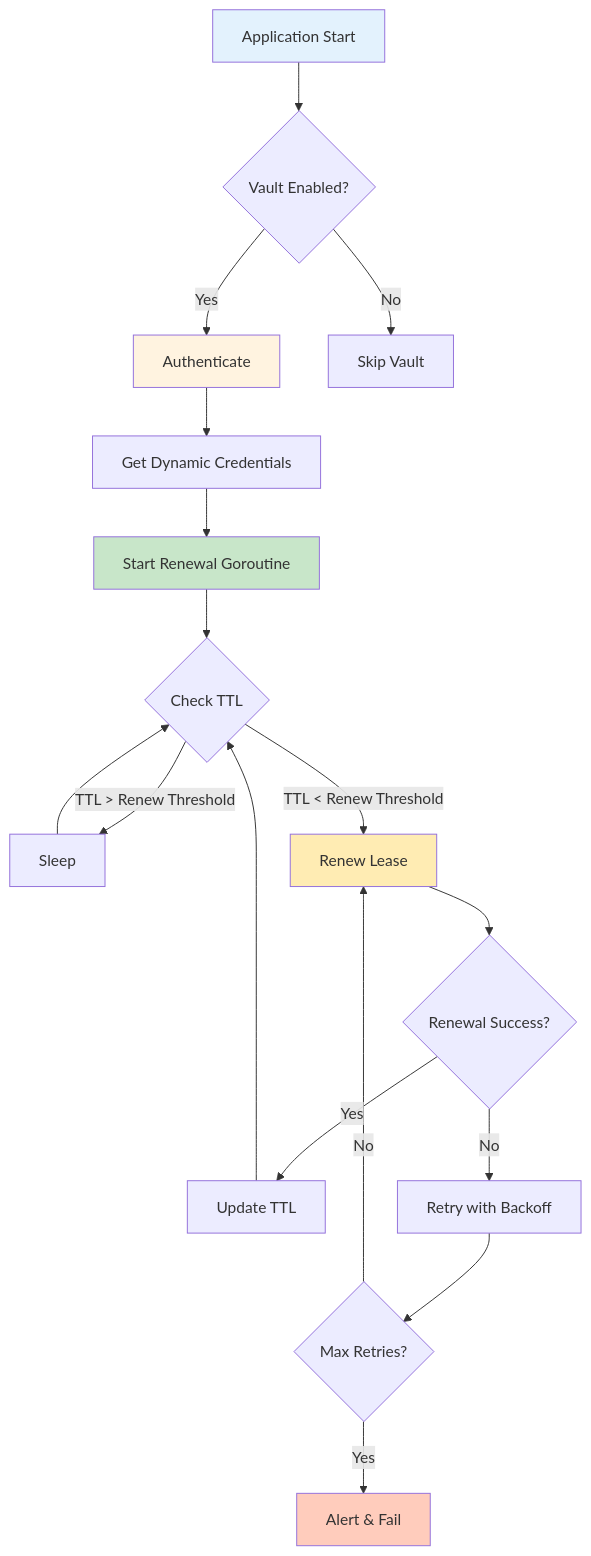
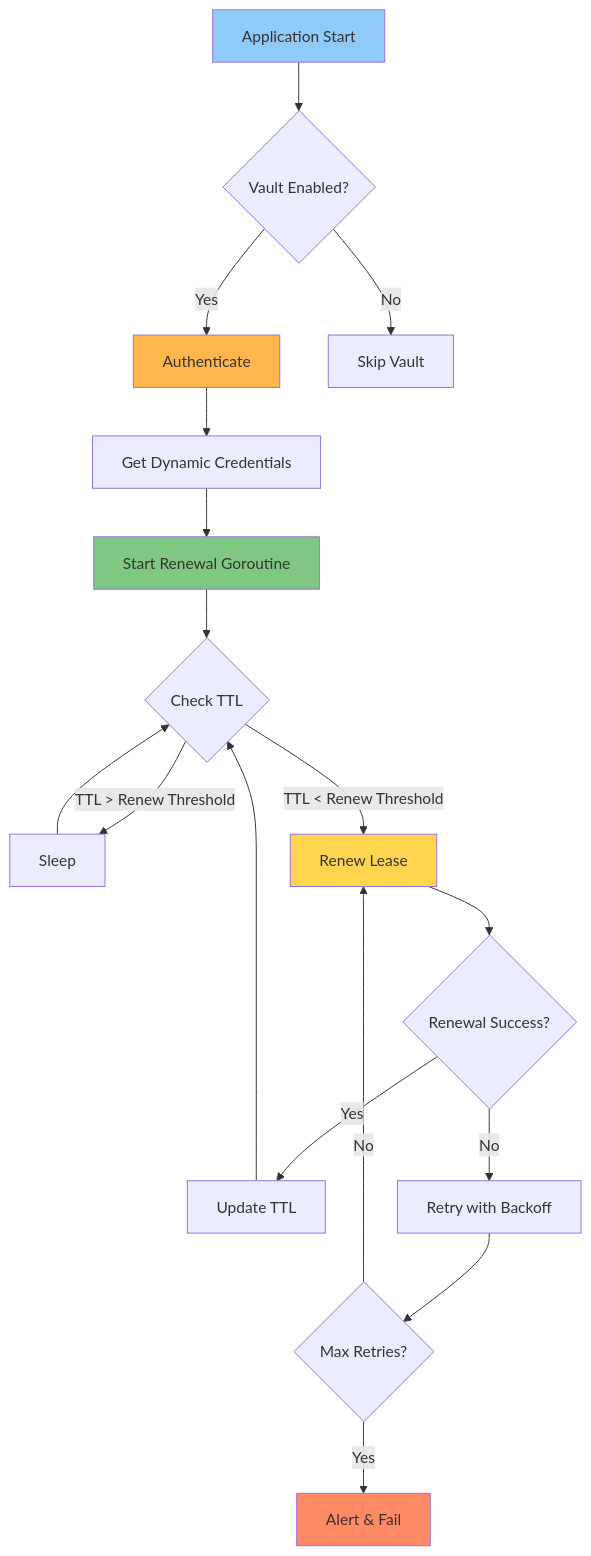
One commit to YouSangSon/database-service changed the tenth of 10 diagrams in docs/VAULT_INTEGRATION.md. Above: the diagram before and after it, drawn with Mermaid. The commit also changed other lines of this file and 5 other files, not shown here.

First line of the commit message:
Update to Go 1.25.4 and improve Mermaid diagram readability

````diff
--- a/docs/VAULT_INTEGRATION.md
+++ b/docs/VAULT_INTEGRATION.md
@@ -429,29 +429,29 @@
 ```mermaid
 graph TD
     A[Application Start] --> B{Vault Enabled?}
     B -->|Yes| C[Authenticate]
     B -->|No| Z[Skip Vault]
 
     C --> D[Get Dynamic Credentials]
     D --> E[Start Renewal Goroutine]
 
     E --> F{Check TTL}
     F -->|TTL > Renew Threshold| G[Sleep]
     G --> F
 
     F -->|TTL < Renew Threshold| H[Renew Lease]
     H --> I{Renewal Success?}
     I -->|Yes| J[Update TTL]
     J --> F
 
     I -->|No| K[Retry with Backoff]
     K --> L{Max Retries?}
     L -->|No| H
     L -->|Yes| M[Alert & Fail]
 
-    style A fill:#e3f2fd
-    style C fill:#fff3e0
-    style E fill:#c8e6c9
-    style H fill:#ffecb3
-    style M fill:#ffccbc
+    style A fill:#90caf9
+    style C fill:#ffb74d
+    style E fill:#81c784
+    style H fill:#ffd54f
+    style M fill:#ff8a65
 ```
````
